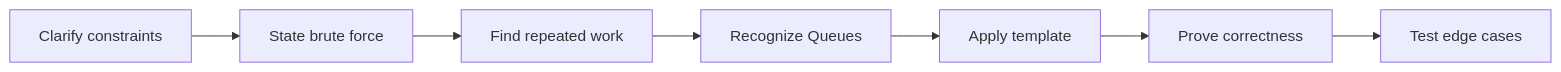
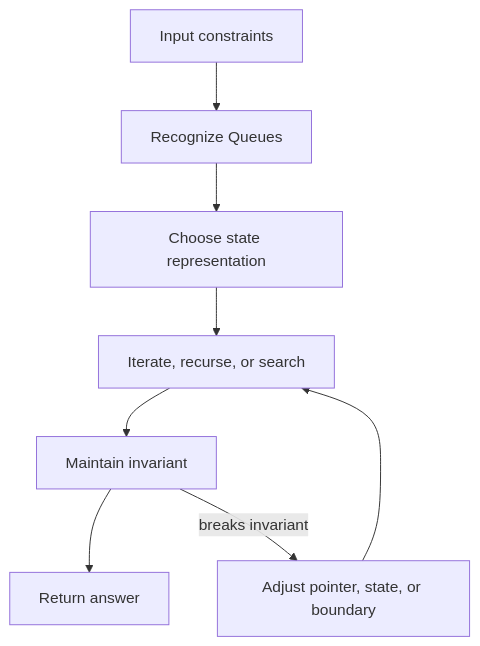
Before and after one commit to abstractinterviews/abstractinterviews.github.io: the second of 2 diagrams in coding-round/data-structures/queues/index.md, drawn with Mermaid. The commit also changed other lines of this file and 278 other files, not shown here.

````diff
--- a/coding-round/data-structures/queues/index.md
+++ b/coding-round/data-structures/queues/index.md
@@ -123,9 +121,10 @@
-~~~mermaid
-flowchart LR
-    A["Clarify constraints"] --> B["State brute force"]
-    B --> C["Find repeated work"]
-    C --> D["Recognize Queues"]
-    D --> E["Apply template"]
-    E --> F["Prove correctness"]
-    F --> G["Test edge cases"]
-~~~
+```mermaid
+flowchart TD
+    Input["Input constraints"] --> Pattern["Recognize Queues"]
+    Pattern --> State["Choose state representation"]
+    State --> Iterate["Iterate, recurse, or search"]
+    Iterate --> Check["Maintain invariant"]
+    Check --> Result["Return answer"]
+    Check -->|breaks invariant| Fix["Adjust pointer, state, or boundary"]
+    Fix --> Iterate
+```
````
